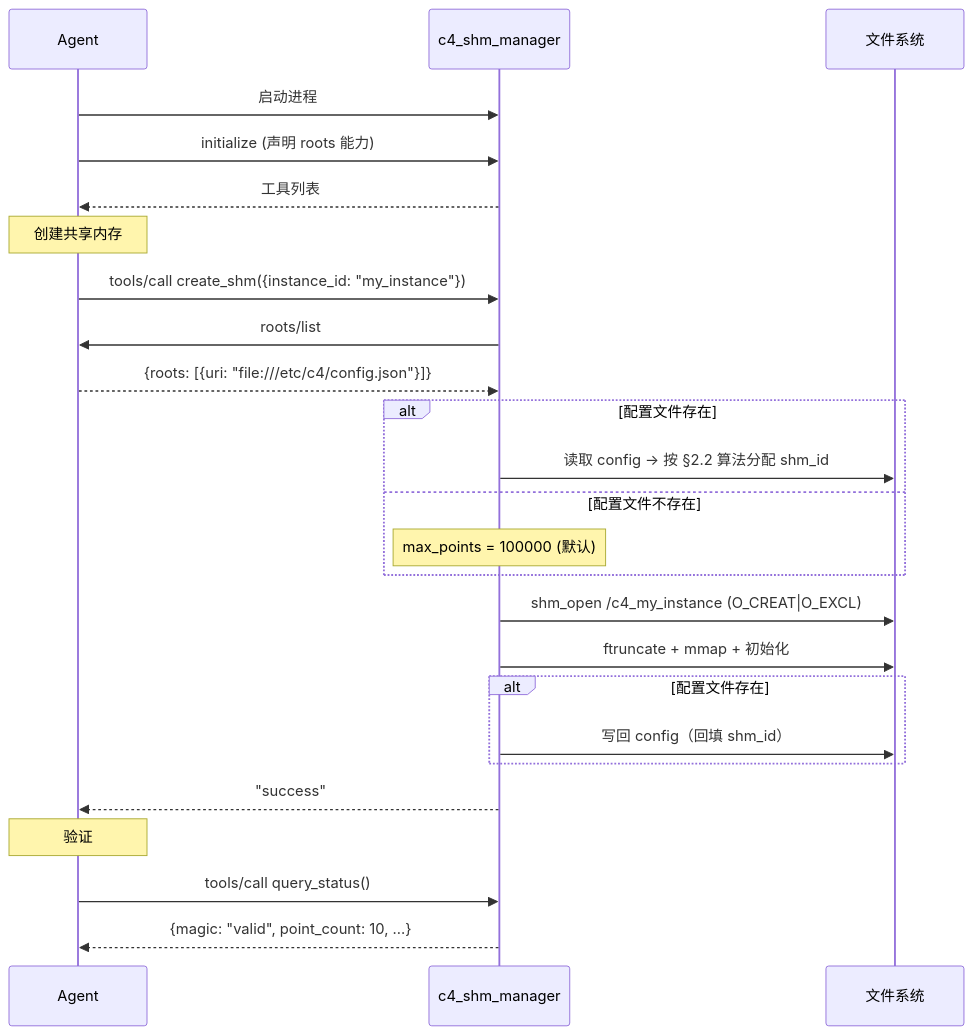
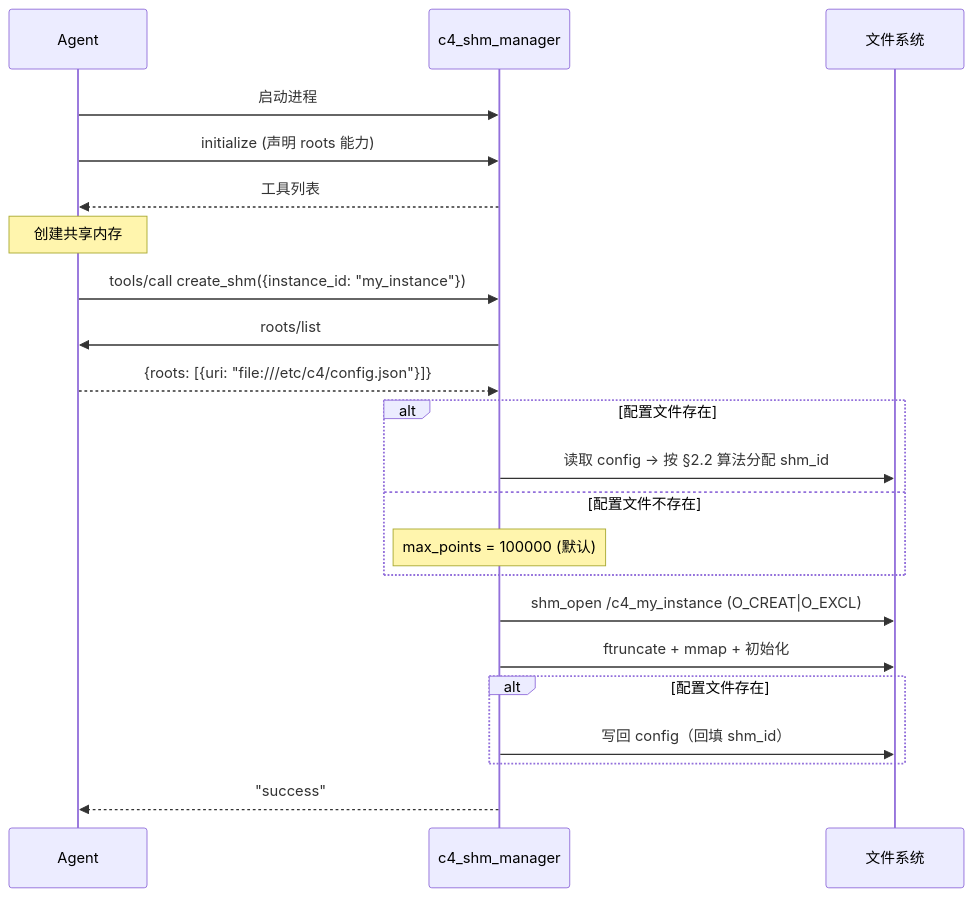
The fifth of 9 diagrams in docs/design/c4_shm_manager.md (activesys/c4), drawn with Mermaid before and after one commit. The commit also changed other lines of this file and 1 other file, not shown here.

First line of the commit message:
docs: remove query_status from design documents (v0.3.1)

````diff
--- a/docs/design/c4_shm_manager.md
+++ b/docs/design/c4_shm_manager.md
@@ -851,30 +799,26 @@
 ```mermaid
 sequenceDiagram
     participant A as Agent
     participant S as c4_shm_manager
     participant FS as 文件系统
 
     A->>S: 启动进程
     A->>S: initialize (声明 roots 能力)
     S-->>A: 工具列表
 
     Note over A: 创建共享内存
     A->>S: tools/call create_shm({instance_id: "my_instance"})
     S->>A: roots/list
     A-->>S: {roots: [{uri: "file:///etc/c4/config.json"}]}
     alt 配置文件存在
         S->>FS: 读取 config → 按 §2.2 算法分配 shm_id
     else 配置文件不存在
         Note over S: max_points = 100000 (默认)
     end
     S->>FS: shm_open /c4_my_instance (O_CREAT|O_EXCL)
     S->>FS: ftruncate + mmap + 初始化
     alt 配置文件存在
         S->>FS: 写回 config（回填 shm_id）
     end
     S-->>A: "success"
-
-    Note over A: 验证
-    A->>S: tools/call query_status()
-    S-->>A: {magic: "valid", point_count: 10, ...}
 ```
````
